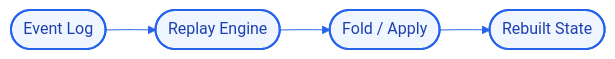
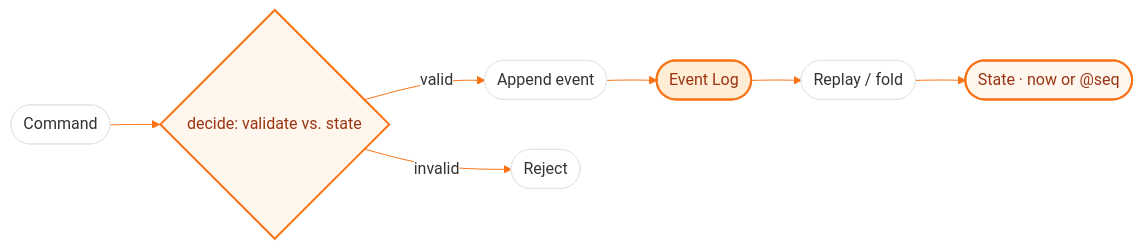
One commit to Kimosabey/event-replay changed the diagram in README.md. Above: the diagram before and after it, drawn with Mermaid. The commit also changed other lines of this file and 13 other files, not shown here.

Commit message:
feat: implement event-sourced state reconstruction (append-only log, deterministic replay, time-travel, snapshots, CQRS write side) with HTTP API, tests, and docker

````diff
--- a/README.md
+++ b/README.md
@@ -32,15 +76,13 @@
 ```mermaid
-%%{init: {'theme':'base','themeVariables':{'primaryColor':'#ffffff','lineColor':'#2563eb','mainBkg':'#ffffff'}}}%%
+%%{init: {'theme':'base','themeVariables':{'primaryColor':'#ffffff','lineColor':'#F97316','mainBkg':'#ffffff'}}}%%
 graph LR
-    A([Event Log])
-    B([Replay Engine])
-    C([Fold / Apply])
-    D([Rebuilt State])
-    A --> B
-    B --> C
-    C --> D
-    style A fill:#eff6ff,stroke:#2563eb,stroke-width:2px,color:#1e40af
-    style B fill:#eff6ff,stroke:#2563eb,stroke-width:2px,color:#1e40af
-    style C fill:#eff6ff,stroke:#2563eb,stroke-width:2px,color:#1e40af
-    style D fill:#eff6ff,stroke:#2563eb,stroke-width:2px,color:#1e40af
+    A([Command]) --> B{decide: validate vs. state}
+    B -->|valid| C([Append event])
+    B -->|invalid| X([Reject])
+    C --> D([Event Log])
+    D --> E([Replay / fold])
+    E --> F([State · now or @seq])
+    style B fill:#fff7ed,stroke:#F97316,stroke-width:2px,color:#9a3412
+    style D fill:#ffedd5,stroke:#F97316,stroke-width:2px,color:#9a3412
+    style F fill:#fff7ed,stroke:#F97316,stroke-width:2px,color:#9a3412
 ```
````
